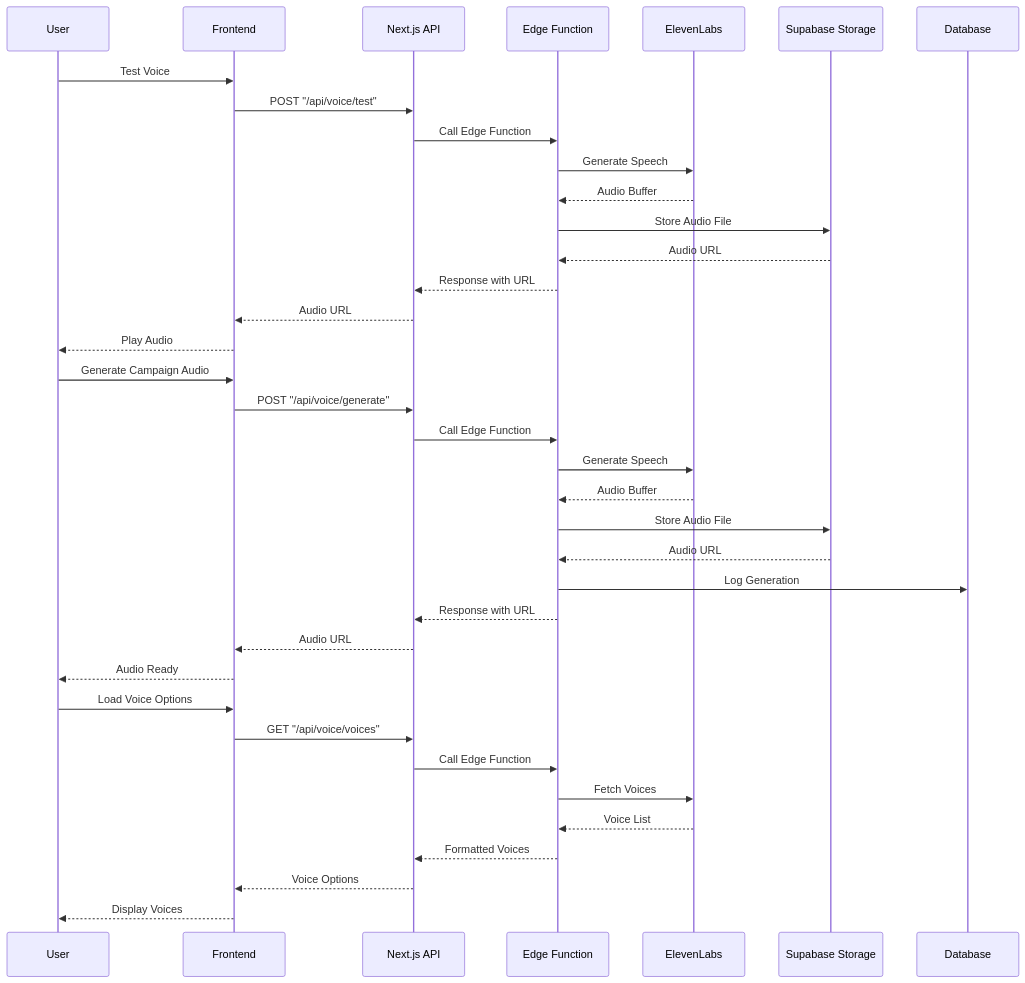
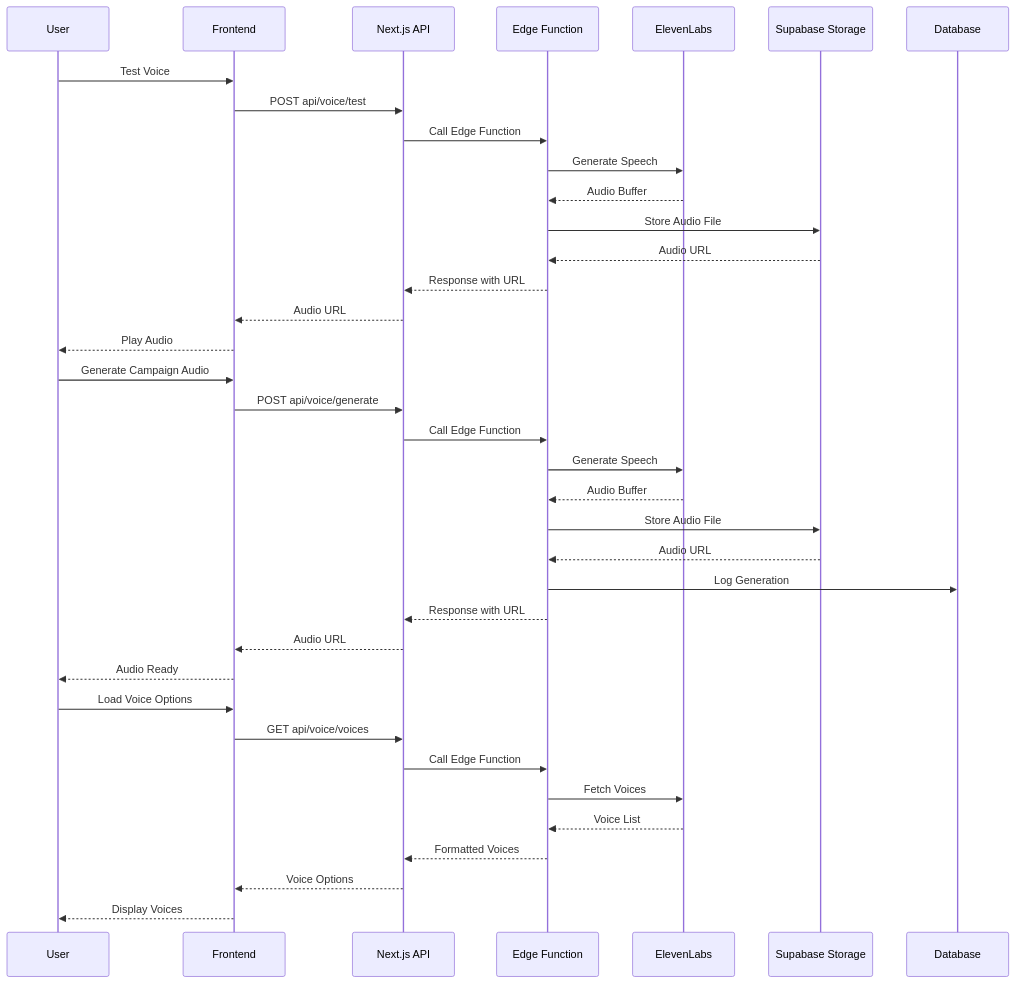
One commit to callhenk/henk changed the second of 2 diagrams in docs/elevenlabs-integration-plan.md. Above: the diagram before and after it, drawn with Mermaid. The commit also changed other lines of this file and 1 other file, not shown here.

First line of the commit message:
Update ElevenLabs integration documentation to reflect API route changes and simplified architecture

````diff
--- a/docs/elevenlabs-integration-plan.md
+++ b/docs/elevenlabs-integration-plan.md
@@ -77,45 +77,45 @@
 ```mermaid
 sequenceDiagram
     participant U as User
     participant F as Frontend
     participant N as Next.js API
     participant E as Edge Function
     participant EL as ElevenLabs
     participant S as Supabase Storage
     participant DB as Database
 
     %% Voice Testing Flow
     U->>F: Test Voice
-    F->>N: POST "/api/voice/test"
+    F->>N: POST api/voice/test
     N->>E: Call Edge Function
     E->>EL: Generate Speech
     EL-->>E: Audio Buffer
     E->>S: Store Audio File
     S-->>E: Audio URL
     E-->>N: Response with URL
     N-->>F: Audio URL
     F-->>U: Play Audio
 
     %% Voice Generation Flow
     U->>F: Generate Campaign Audio
-    F->>N: POST "/api/voice/generate"
+    F->>N: POST api/voice/generate
     N->>E: Call Edge Function
     E->>EL: Generate Speech
     EL-->>E: Audio Buffer
     E->>S: Store Audio File
     S-->>E: Audio URL
     E->>DB: Log Generation
     E-->>N: Response with URL
     N-->>F: Audio URL
     F-->>U: Audio Ready
 
     %% Voice Listing Flow
     U->>F: Load Voice Options
-    F->>N: GET "/api/voice/voices"
+    F->>N: GET api/voice/voices
     N->>E: Call Edge Function
     E->>EL: Fetch Voices
     EL-->>E: Voice List
     E-->>N: Formatted Voices
     N-->>F: Voice Options
     F-->>U: Display Voices
 ```
````
